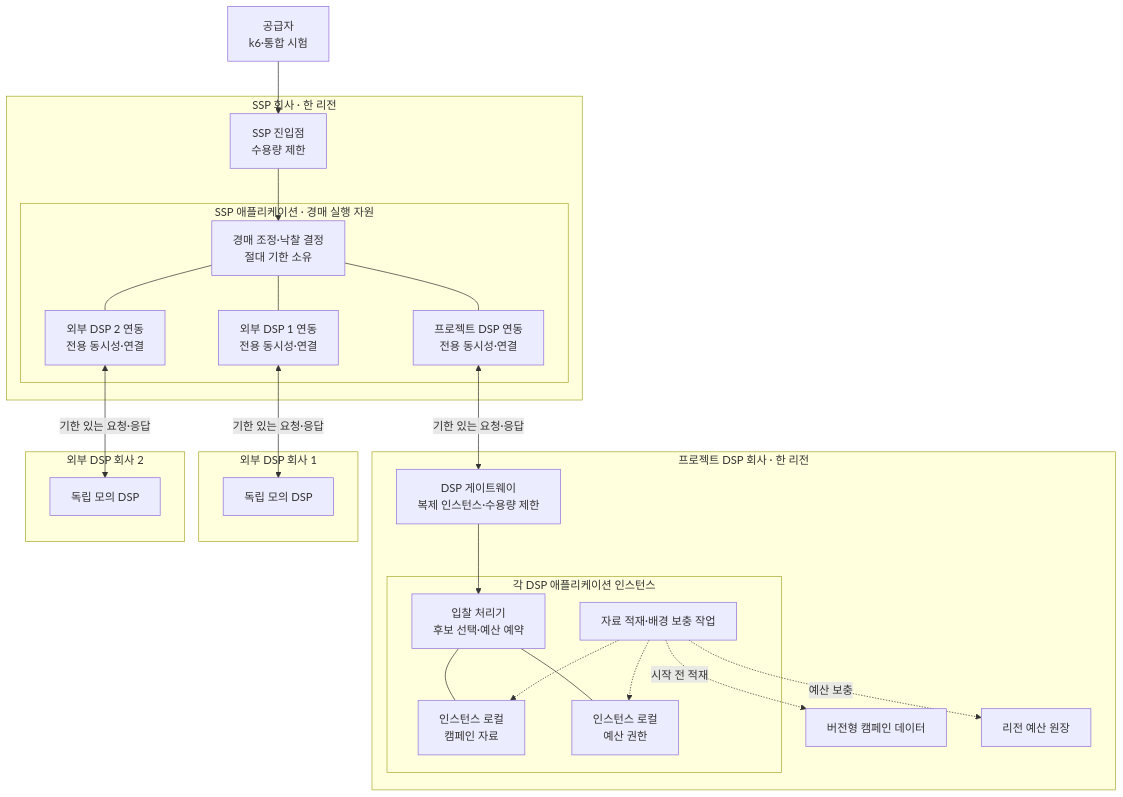
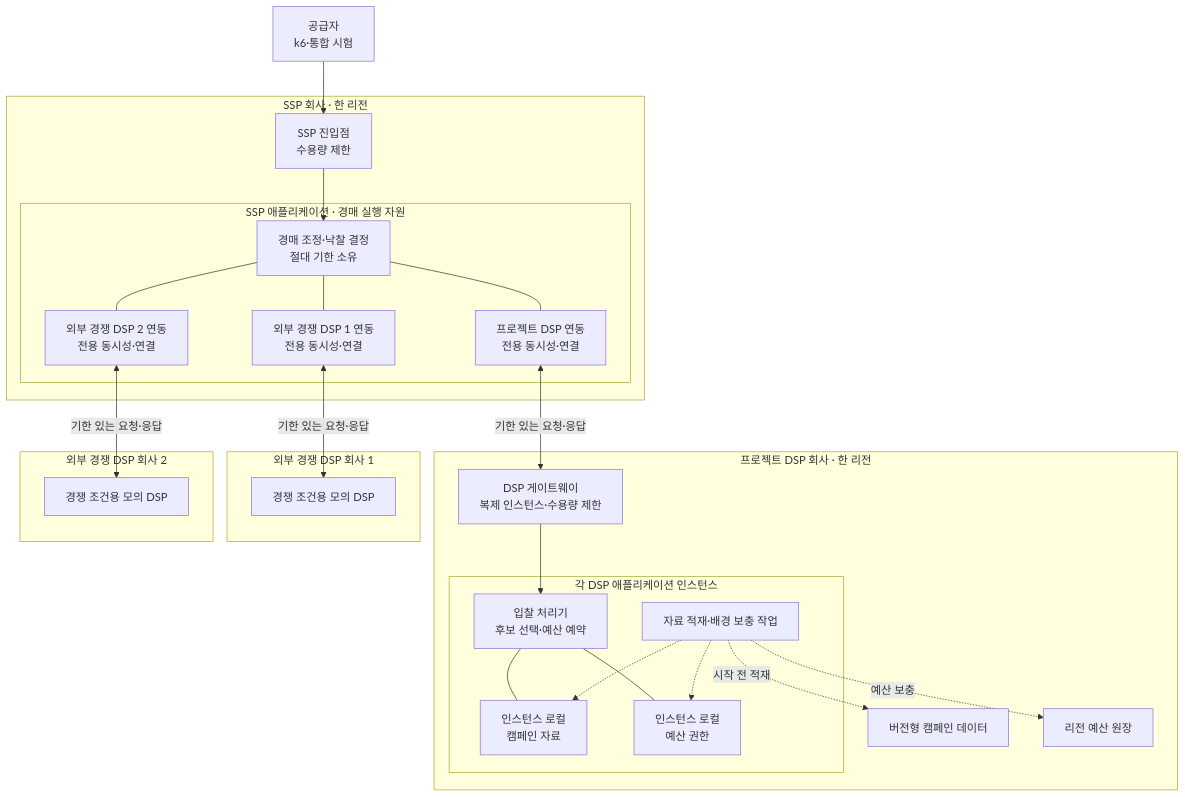
One commit to bbororo5/low-latency-openrtb-auction changed the diagram in docs/architecture/decisions/ADR-004-auction-execution-path.md. Above: the diagram before and after it, drawn with Mermaid. The commit also changed 13 other files, not shown here.

````diff
--- a/docs/architecture/decisions/ADR-004-auction-execution-path.md
+++ b/docs/architecture/decisions/ADR-004-auction-execution-path.md
@@ -20,54 +20,54 @@
 ```mermaid
 flowchart TB
     S["공급자<br/>k6·통합 시험"]
 
     subgraph SSP["SSP 회사 · 한 리전"]
         ENTRY["SSP 진입점<br/>수용량 제한"]
 
         subgraph AUCTION["SSP 애플리케이션 · 경매 실행 자원"]
             ORCH["경매 조정·낙찰 결정<br/>절대 기한 소유"]
             AP["프로젝트 DSP 연동<br/>전용 동시성·연결"]
-            AE1["외부 DSP 1 연동<br/>전용 동시성·연결"]
-            AE2["외부 DSP 2 연동<br/>전용 동시성·연결"]
+            AE1["외부 경쟁 DSP 1 연동<br/>전용 동시성·연결"]
+            AE2["외부 경쟁 DSP 2 연동<br/>전용 동시성·연결"]
             ORCH --- AP
             ORCH --- AE1
             ORCH --- AE2
         end
 
         ENTRY --> ORCH
     end
 
     subgraph PDSP["프로젝트 DSP 회사 · 한 리전"]
         GW["DSP 게이트웨이<br/>복제 인스턴스·수용량 제한"]
 
         subgraph BID["각 DSP 애플리케이션 인스턴스"]
             HOT["입찰 처리기<br/>후보 선택·예산 예약"]
             CS["인스턴스 로컬<br/>캠페인 자료"]
             BR["인스턴스 로컬<br/>예산 권한"]
             BG["자료 적재·배경 보충 작업"]
             HOT --- CS
             HOT --- BR
             BG -.-> CS
             BG -.-> BR
         end
 
         CAMPAIGN["버전형 캠페인 데이터"]
         LEDGER["리전 예산 원장"]
         GW --> HOT
         BG -. "시작 전 적재" .-> CAMPAIGN
         BG -. "예산 보충" .-> LEDGER
     end
 
-    subgraph ED1["외부 DSP 회사 1"]
-        D1["독립 모의 DSP"]
+    subgraph ED1["외부 경쟁 DSP 회사 1"]
+        D1["경쟁 조건용 모의 DSP"]
     end
 
-    subgraph ED2["외부 DSP 회사 2"]
-        D2["독립 모의 DSP"]
+    subgraph ED2["외부 경쟁 DSP 회사 2"]
+        D2["경쟁 조건용 모의 DSP"]
     end
 
     S --> ENTRY
     AP <-->|"기한 있는 요청·응답"| GW
     AE1 <-->|"기한 있는 요청·응답"| D1
     AE2 <-->|"기한 있는 요청·응답"| D2
 ```
````
